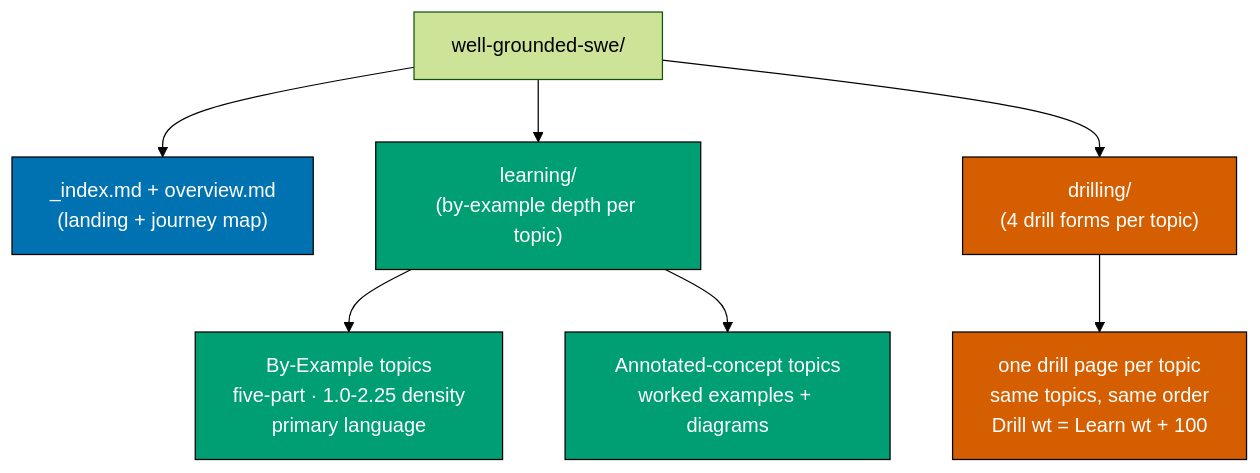
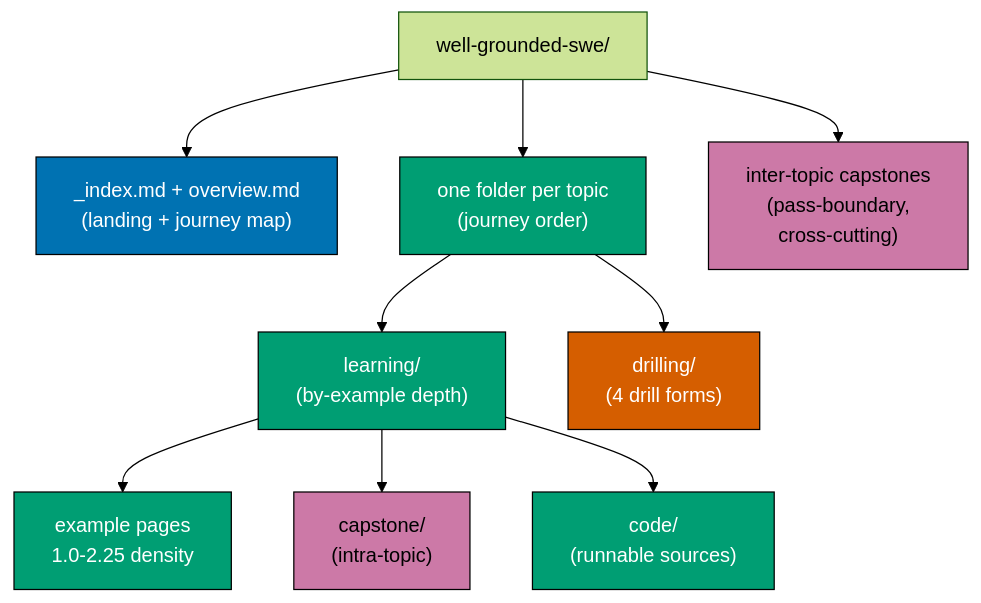
One commit to wahidyankf/baseerah changed the first of 3 diagrams in plans/in-progress/the-well-grounded-software-engineer/tech-docs.md. Above: the diagram before and after it, drawn with Mermaid (forest theme). The commit also changed other lines of this file and 70 other files, not shown here.

````diff
--- a/plans/in-progress/the-well-grounded-software-engineer/tech-docs.md
+++ b/plans/in-progress/the-well-grounded-software-engineer/tech-docs.md
@@ -204,17 +325,21 @@
 ```mermaid
 graph TD
     Root["well-grounded-swe/"]
     Root --> Idx["_index.md + overview.md<br/>(landing + journey map)"]
-    Root --> Learn["learning/<br/>(by-example depth per topic)"]
-    Root --> Drill["drilling/<br/>(4 drill forms per topic)"]
-    Learn --> LByEx["By-Example topics<br/>five-part · 1.0-2.25 density<br/>primary language"]
-    Learn --> LConcept["Annotated-concept topics<br/>worked examples + diagrams"]
-    Drill --> Dpages["one drill page per topic<br/>same topics, same order<br/>Drill wt = Learn wt + 100"]
+    Root --> Topic["one folder per topic<br/>(journey order)"]
+    Root --> Inter["inter-topic capstones<br/>(pass-boundary,<br/>cross-cutting)"]
+    Topic --> Learn["learning/<br/>(by-example depth)"]
+    Topic --> Drill["drilling/<br/>(4 drill forms)"]
+    Learn --> LByEx["example pages<br/>1.0-2.25 density"]
+    Learn --> LCap["capstone/<br/>(intra-topic)"]
+    Learn --> LCode["code/<br/>(runnable sources)"]
 
     classDef idx fill:#0072B2,stroke:#000,color:#fff
     classDef learn fill:#009E73,stroke:#000,color:#fff
     classDef drill fill:#D55E00,stroke:#000,color:#fff
+    classDef cap fill:#CC79A7,stroke:#000,color:#000
     class Idx idx
-    class Learn,LByEx,LConcept learn
-    class Drill,Dpages drill
+    class Topic,Learn,LByEx,LCode learn
+    class Drill drill
+    class Inter,LCap cap
 ```
````
